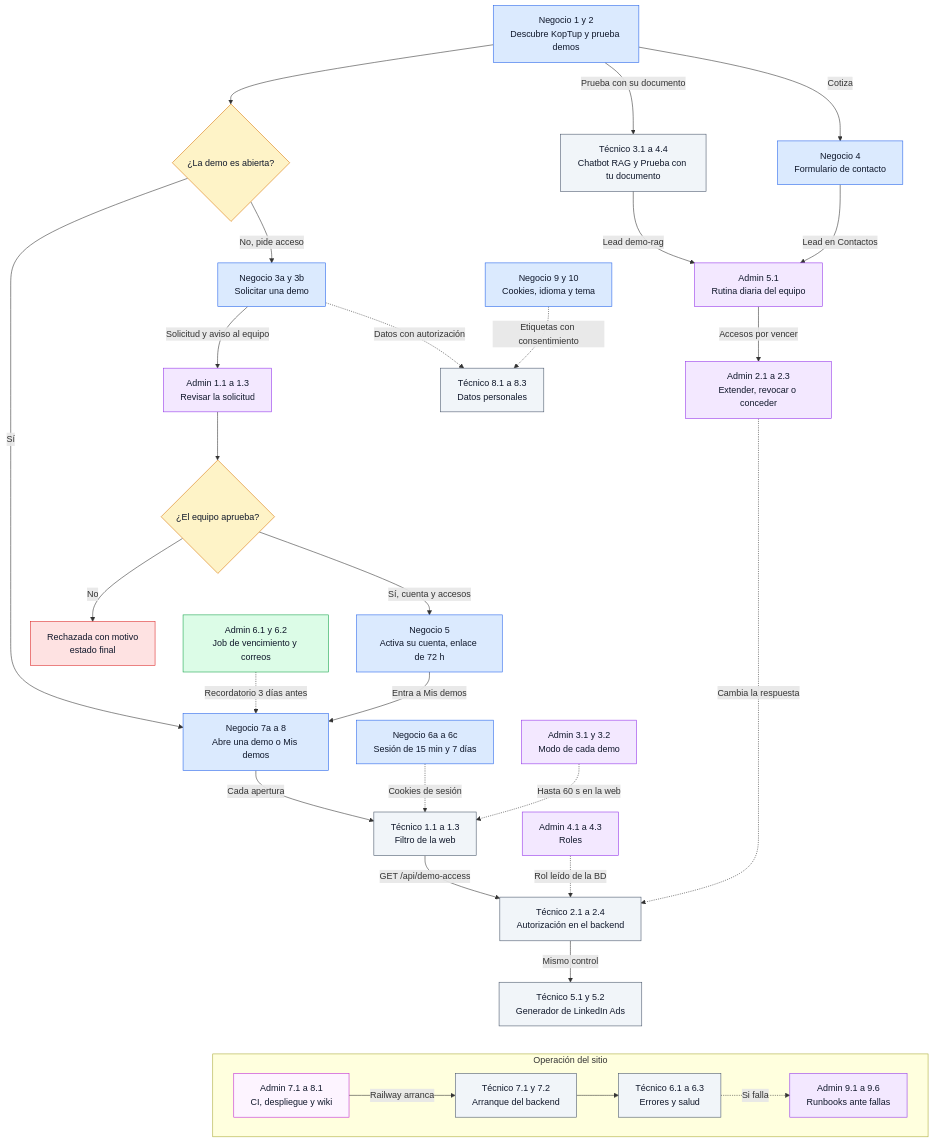
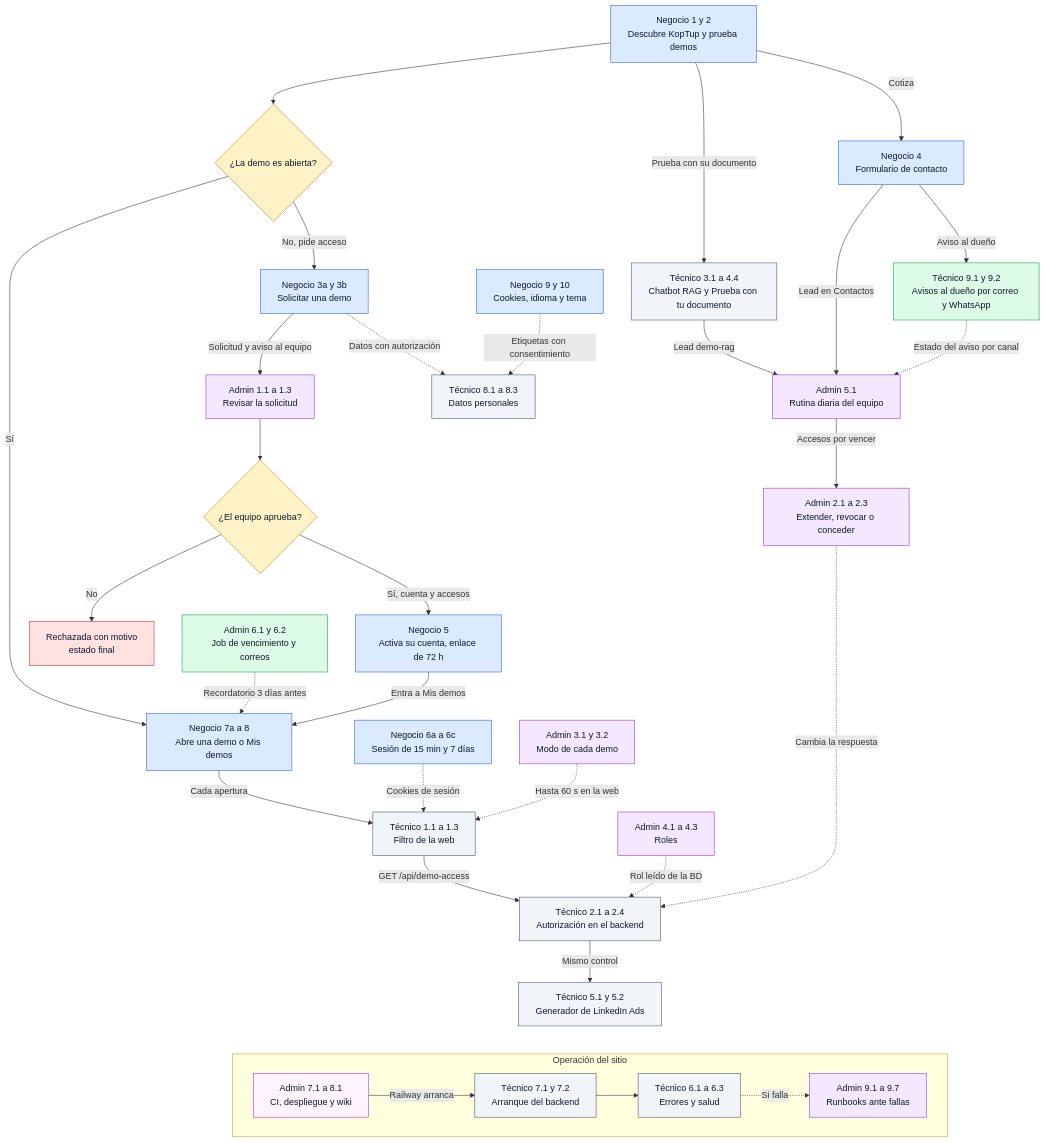
The diagram in docs/wiki/Doc-14-Diagramas-de-Flujo.md (ronalc90/koptup), drawn with Mermaid before and after one commit. The commit also changed other lines of this file and 45 other files, not shown here.

First line of the commit message:
docs(avisos): configuración de Resend y de la plantilla de WhatsApp, operación y wiki

````diff
--- a/docs/wiki/Doc-14-Diagramas-de-Flujo.md
+++ b/docs/wiki/Doc-14-Diagramas-de-Flujo.md
@@ -46,68 +46,71 @@
 ```mermaid
 flowchart TD
     classDef visitante fill:#dbeafe,stroke:#2563eb,color:#0f172a
     classDef sistema fill:#f1f5f9,stroke:#475569,color:#0f172a
     classDef admin fill:#f3e8ff,stroke:#9333ea,color:#0f172a
     classDef aviso fill:#dcfce7,stroke:#16a34a,color:#0f172a
     classDef decision fill:#fef3c7,stroke:#d97706,color:#0f172a
     classDef error fill:#fee2e2,stroke:#dc2626,color:#0f172a
     classDef externo fill:#fdf4ff,stroke:#c026d3,color:#0f172a
 
     N1["Negocio 1 y 2<br/>Descubre KopTup y prueba demos"]:::visitante
     DA{"¿La demo es abierta?"}:::decision
     T3["Técnico 3.1 a 4.4<br/>Chatbot RAG y Prueba con tu documento"]:::sistema
     N4["Negocio 4<br/>Formulario de contacto"]:::visitante
     N3["Negocio 3a y 3b<br/>Solicitar una demo"]:::visitante
     A5["Admin 5.1<br/>Rutina diaria del equipo"]:::admin
     A1["Admin 1.1 a 1.3<br/>Revisar la solicitud"]:::admin
     DP{"¿El equipo aprueba?"}:::decision
     X1["Rechazada con motivo<br/>estado final"]:::error
     N5["Negocio 5<br/>Activa su cuenta, enlace de 72 h"]:::visitante
     N7["Negocio 7a a 8<br/>Abre una demo o Mis demos"]:::visitante
     N6["Negocio 6a a 6c<br/>Sesión de 15 min y 7 días"]:::visitante
     T1["Técnico 1.1 a 1.3<br/>Filtro de la web"]:::sistema
     T2["Técnico 2.1 a 2.4<br/>Autorización en el backend"]:::sistema
     T5["Técnico 5.1 y 5.2<br/>Generador de LinkedIn Ads"]:::sistema
     A2["Admin 2.1 a 2.3<br/>Extender, revocar o conceder"]:::admin
     A3["Admin 3.1 y 3.2<br/>Modo de cada demo"]:::admin
     A4["Admin 4.1 a 4.3<br/>Roles"]:::admin
     A6["Admin 6.1 y 6.2<br/>Job de vencimiento y correos"]:::aviso
     N9["Negocio 9 y 10<br/>Cookies, idioma y tema"]:::visitante
     T8["Técnico 8.1 a 8.3<br/>Datos personales"]:::sistema
+    T9["Técnico 9.1 y 9.2<br/>Avisos al dueño por correo y WhatsApp"]:::aviso
 
     subgraph OPS["Operación del sitio"]
         direction LR
         A7["Admin 7.1 a 8.1<br/>CI, despliegue y wiki"]:::externo
         T7["Técnico 7.1 y 7.2<br/>Arranque del backend"]:::sistema
         T6["Técnico 6.1 a 6.3<br/>Errores y salud"]:::sistema
-        A9["Admin 9.1 a 9.6<br/>Runbooks ante fallas"]:::admin
+        A9["Admin 9.1 a 9.7<br/>Runbooks ante fallas"]:::admin
     end
 
     N1 --> DA
     DA -->|"Sí"| N7
     DA -->|"No, pide acceso"| N3
     N1 -->|"Prueba con su documento"| T3
     N1 -->|"Cotiza"| N4
     T3 -->|"Lead demo-rag"| A5
     N4 -->|"Lead en Contactos"| A5
+    N4 -->|"Aviso al dueño"| T9
+    T9 -.->|"Estado del aviso por canal"| A5
     N3 -->|"Solicitud y aviso al equipo"| A1
     N3 -.->|"Datos con autorización"| T8
     N9 -.->|"Etiquetas con consentimiento"| T8
     A1 --> DP
     DP -->|"No"| X1
     DP -->|"Sí, cuenta y accesos"| N5
     N5 -->|"Entra a Mis demos"| N7
     N7 -->|"Cada apertura"| T1
     N6 -.->|"Cookies de sesión"| T1
     T1 -->|"GET /api/demo-access"| T2
     T2 -->|"Mismo control"| T5
     A5 -->|"Accesos por vencer"| A2
     A2 -.->|"Cambia la respuesta"| T2
     A3 -.->|"Hasta 60 s en la web"| T1
     A4 -.->|"Rol leído de la BD"| T2
     A6 -.->|"Recordatorio 3 días antes"| N7
     A7 -->|"Railway arranca"| T7
     T7 --> T6
     T6 -.->|"Si falla"| A9
     T5 ~~~ OPS
 ```
````
